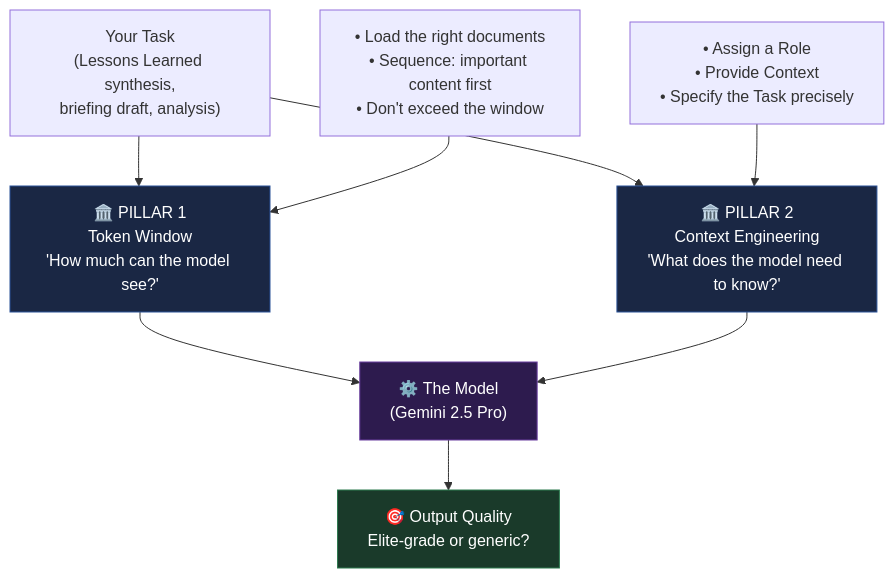
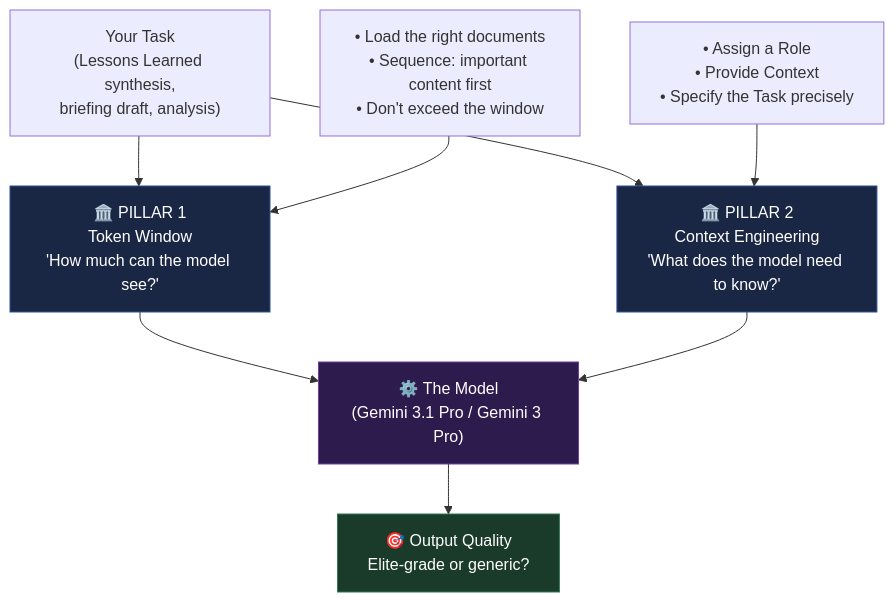
The diagram in chapters/ch01-how-the-wolf-sees.md (liquid-books/wolfpacks-edge), drawn with Mermaid before and after one commit. The commit also changed other lines of this file and 11 other files, not shown here.

````diff
--- a/chapters/ch01-how-the-wolf-sees.md
+++ b/chapters/ch01-how-the-wolf-sees.md
@@ -332,22 +508,22 @@
 ```{mermaid}
 flowchart TD
     A["Your Task\n(Lessons Learned synthesis,\nbriefing draft, analysis)"]
     B["🏛️ PILLAR 1\nToken Window\n'How much can the model see?'"]
     C["🏛️ PILLAR 2\nContext Engineering\n'What does the model need to know?'"]
-    D["⚙️ The Model\n(Gemini 2.5 Pro)"]
+    D["⚙️ The Model\n(Gemini 3.1 Pro / Gemini 3 Pro)"]
     E["🎯 Output Quality\nElite-grade or generic?"]
 
     A --> B
     A --> C
     B --> D
     C --> D
     D --> E
 
     B1["• Load the right documents\n• Sequence: important content first\n• Don't exceed the window"] --> B
     C1["• Assign a Role\n• Provide Context\n• Specify the Task precisely"] --> C
 
     style B fill:#1a2744,color:#fff,stroke:#2a5298
     style C fill:#1a2744,color:#fff,stroke:#2a5298
     style D fill:#2d1b4e,color:#fff,stroke:#6b3fa0
     style E fill:#1a3a2a,color:#fff,stroke:#2d7a4f
 ```
````
